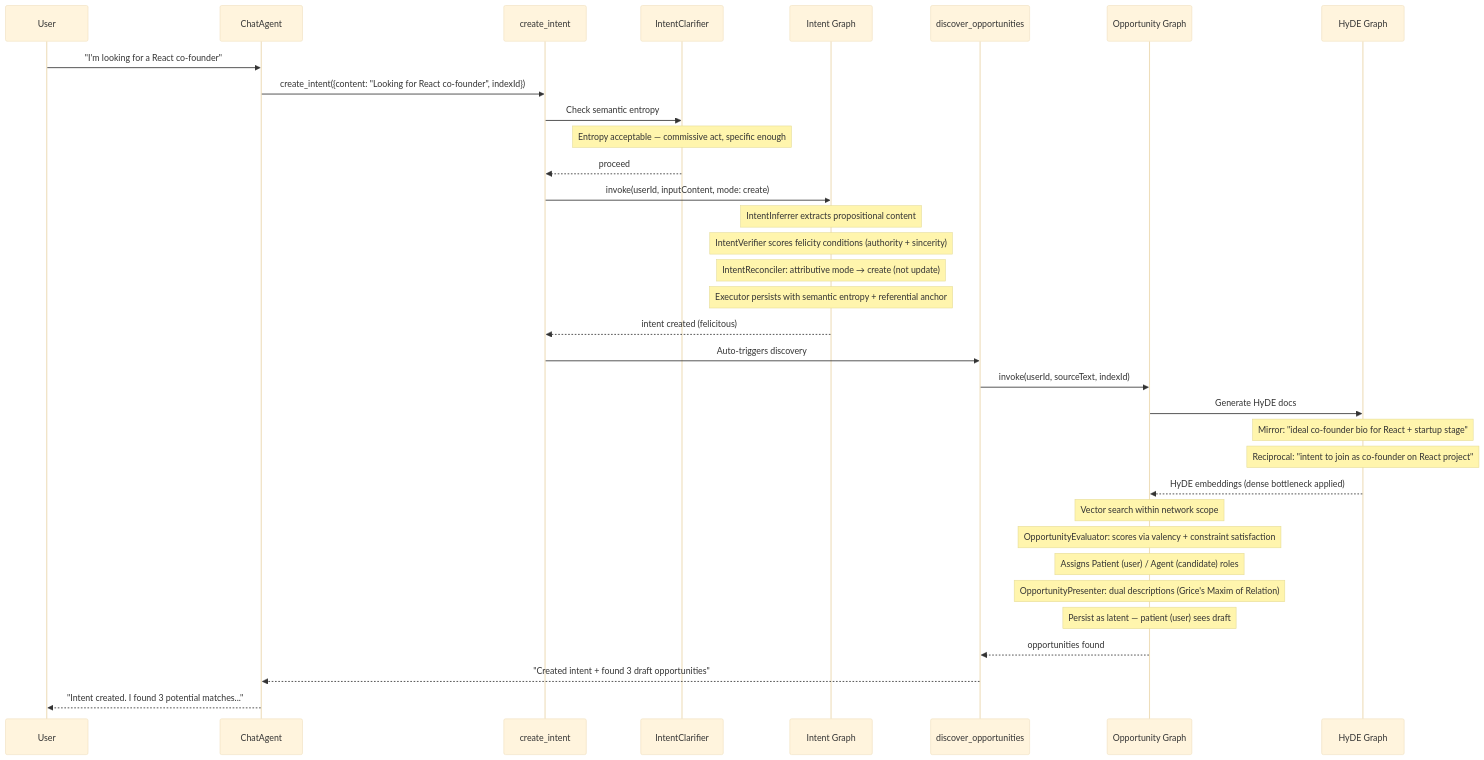
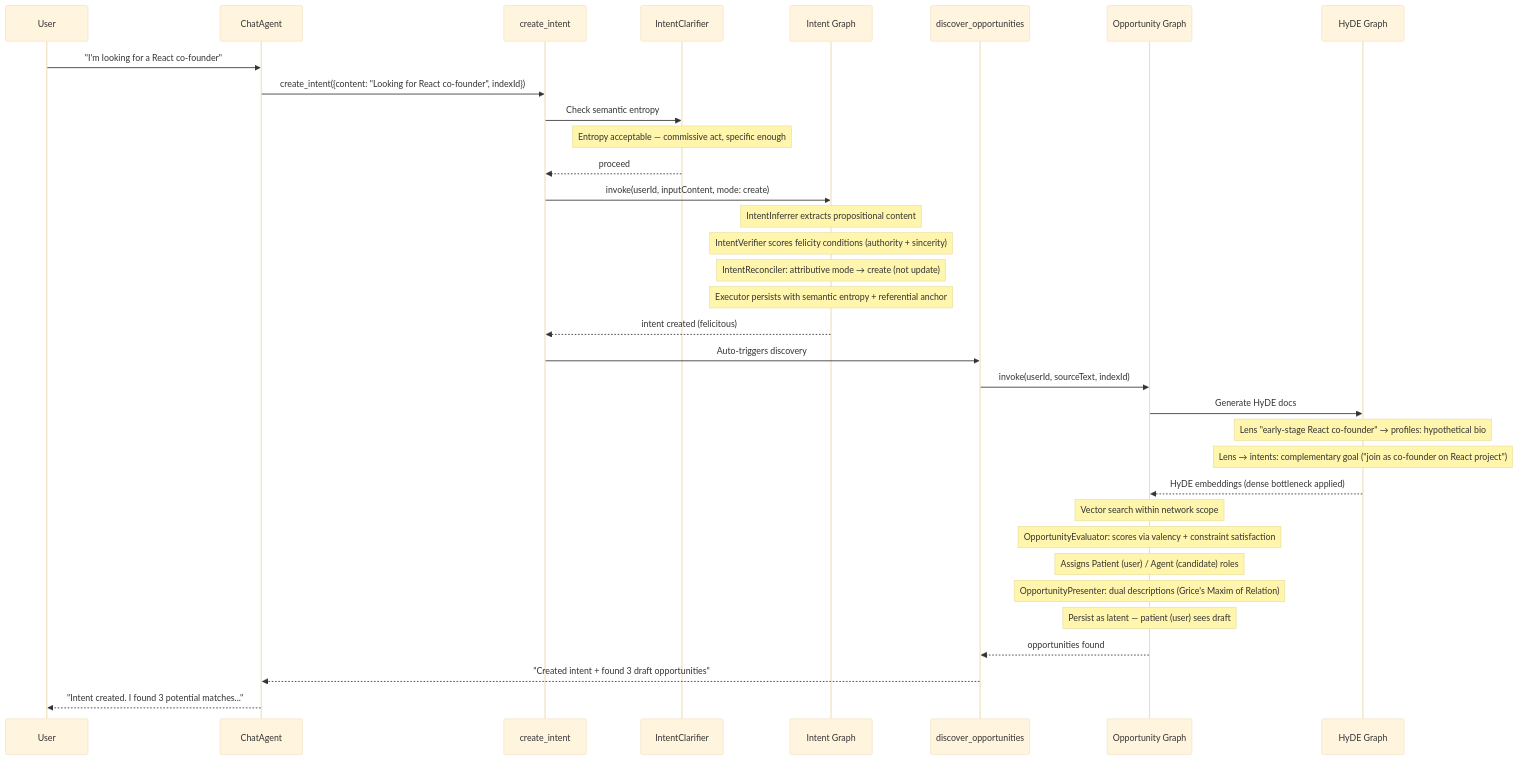
Before and after one commit to indexnetwork/index: the fourth of 5 diagrams in packages/protocol/src/README.md, drawn with Mermaid (base theme). The commit also changed other lines of this file and 1 other file, not shown here.

First line of the commit message:
docs(protocol): update src/README HyDE sections to lens-based architecture

````diff
--- a/packages/protocol/src/README.md
+++ b/packages/protocol/src/README.md
@@ -243,43 +243,43 @@
 ```mermaid
 sequenceDiagram
     participant User
     participant Agent as ChatAgent
     participant CI as create_intent
     participant IC as IntentClarifier
     participant IG as Intent Graph
     participant CO as discover_opportunities
     participant OG as Opportunity Graph
     participant HG as HyDE Graph
 
     User->>Agent: "I'm looking for a React co-founder"
     Agent->>CI: create_intent({content: "Looking for React co-founder", indexId})
 
     CI->>IC: Check semantic entropy
     Note over IC: Entropy acceptable — commissive act, specific enough
     IC-->>CI: proceed
 
     CI->>IG: invoke(userId, inputContent, mode: create)
     Note over IG: IntentInferrer extracts propositional content
     Note over IG: IntentVerifier scores felicity conditions (authority + sincerity)
     Note over IG: IntentReconciler: attributive mode → create (not update)
     Note over IG: Executor persists with semantic entropy + referential anchor
 
     IG-->>CI: intent created (felicitous)
     CI->>CO: Auto-triggers discovery
     CO->>OG: invoke(userId, sourceText, indexId)
 
     OG->>HG: Generate HyDE docs
-    Note over HG: Mirror: "ideal co-founder bio for React + startup stage"
-    Note over HG: Reciprocal: "intent to join as co-founder on React project"
+    Note over HG: Lens "early-stage React co-founder" → profiles: hypothetical bio
+    Note over HG: Lens → intents: complementary goal ("join as co-founder on React project")
     HG-->>OG: HyDE embeddings (dense bottleneck applied)
 
     Note over OG: Vector search within network scope
     Note over OG: OpportunityEvaluator: scores via valency + constraint satisfaction
     Note over OG: Assigns Patient (user) / Agent (candidate) roles
     Note over OG: OpportunityPresenter: dual descriptions (Grice's Maxim of Relation)
     Note over OG: Persist as latent — patient (user) sees draft
 
     OG-->>CO: opportunities found
     CO-->>Agent: "Created intent + found 3 draft opportunities"
     Agent-->>User: "Intent created. I found 3 potential matches..."
 ```
````
